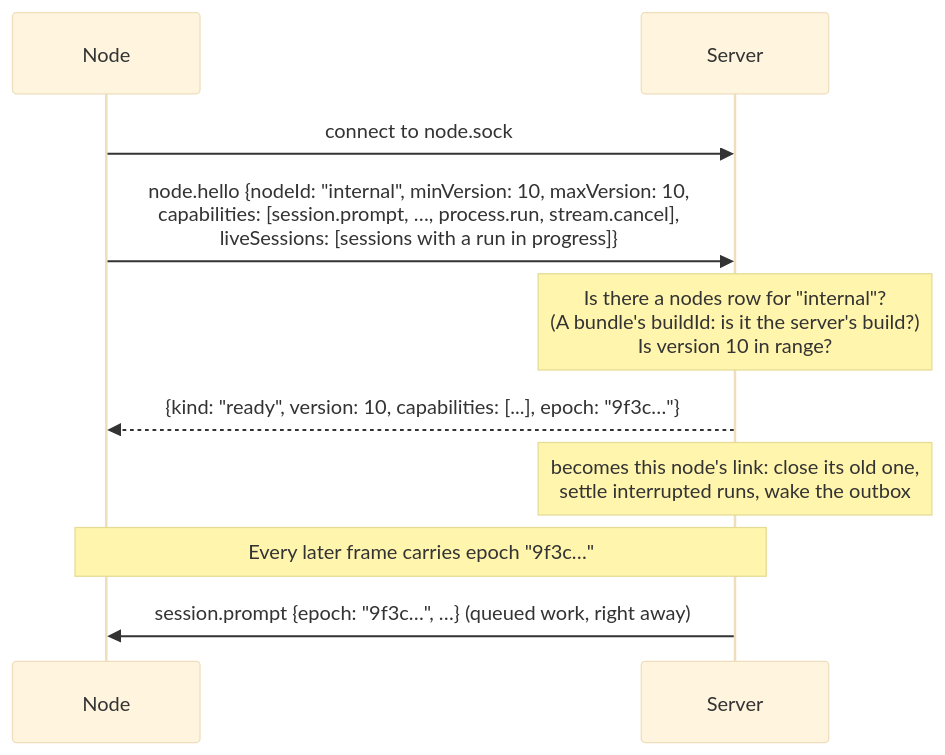
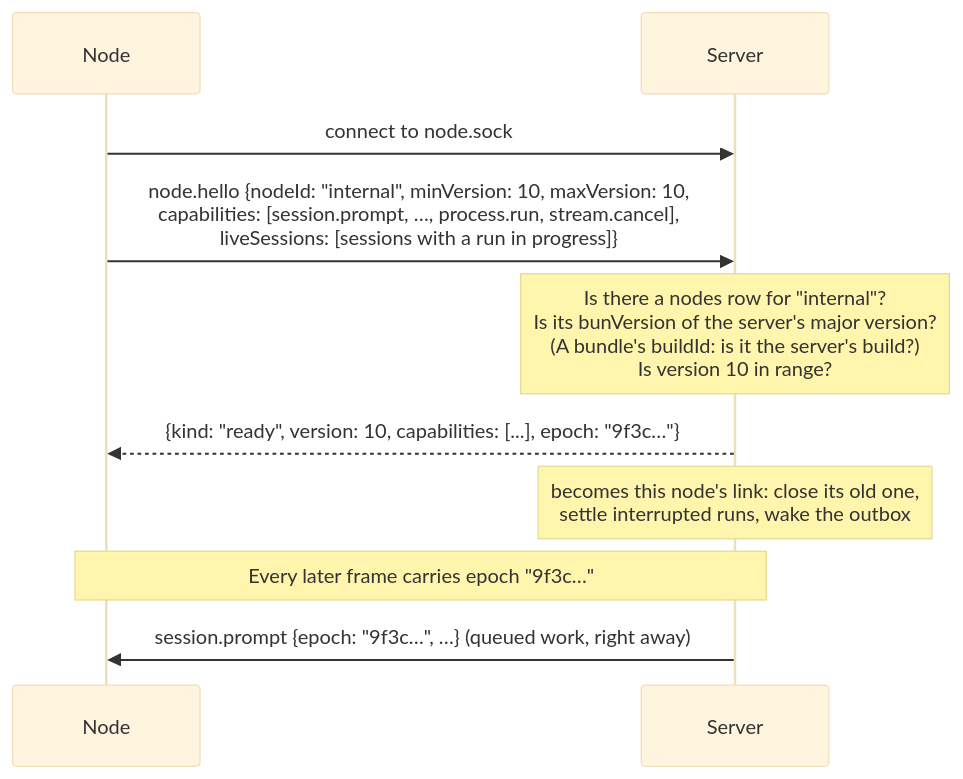
One commit to willtcarey/reins changed the fourth of 9 diagrams in docs/dev/node-transport.md. Above: the diagram before and after it, drawn with Mermaid (base theme). The commit also changed other lines of this file and 33 other files, not shown here.

Commit message:
Nodes use the machine's own Bun (ADR-028): no Bun download; the install script and the hello require the server's Bun major version, refused with the error reply

````diff
--- a/docs/dev/node-transport.md
+++ b/docs/dev/node-transport.md
@@ -274,12 +274,12 @@
 ```mermaid
 sequenceDiagram
     participant N as Node
     participant S as Server
     N->>S: connect to node.sock
     N->>S: node.hello {nodeId: "internal", minVersion: 10, maxVersion: 10,<br/>capabilities: [session.prompt, …, process.run, stream.cancel],<br/>liveSessions: [sessions with a run in progress]}
-    Note over S: Is there a nodes row for "internal"?<br/>(A bundle's buildId: is it the server's build?)<br/>Is version 10 in range?
+    Note over S: Is there a nodes row for "internal"?<br/>Is its bunVersion of the server's major version?<br/>(A bundle's buildId: is it the server's build?)<br/>Is version 10 in range?
     S-->>N: {kind: "ready", version: 10, capabilities: [...], epoch: "9f3c…"}
     Note over S: becomes this node's link: close its old one,<br/>settle interrupted runs, wake the outbox
     Note over N,S: Every later frame carries epoch "9f3c…"
     S->>N: session.prompt {epoch: "9f3c…", …} (queued work, right away)
 ```
````
